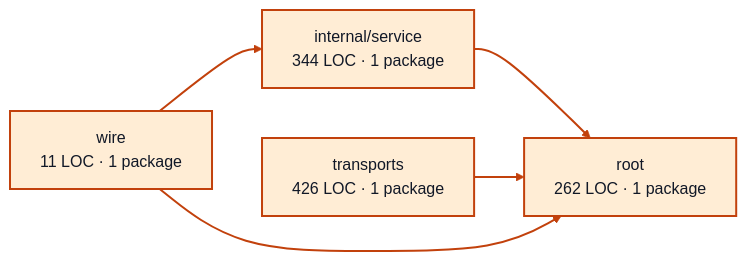
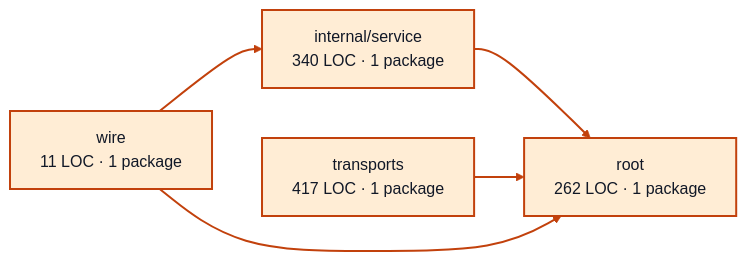
Before and after one commit to portpowered/you-agent-factory: the diagram in docs/architecture/visualizations/services/provider_sessions.md, drawn with Mermaid (neutral theme). The commit also changed other lines of this file and 20 other files, not shown here.

Commit message:
docs: refresh backend architecture visualizations

````diff
--- a/docs/architecture/visualizations/services/provider_sessions.md
+++ b/docs/architecture/visualizations/services/provider_sessions.md
@@ -11,16 +11,16 @@
 ```mermaid
 flowchart LR
-  p0["internal/service<br/>344 LOC · 1 package"]
+  p0["internal/service<br/>340 LOC · 1 package"]
   p1["root<br/>262 LOC · 1 package"]
-  p2["transports<br/>426 LOC · 1 package"]
+  p2["transports<br/>417 LOC · 1 package"]
   p3["wire<br/>11 LOC · 1 package"]
   p0 --> p1
   p2 --> p1
   p3 --> p0
   p3 --> p1
   style p0 fill:#ffedd5,stroke:#c2410c,stroke-width:2px,color:#111827
   style p1 fill:#ffedd5,stroke:#c2410c,stroke-width:2px,color:#111827
   style p2 fill:#ffedd5,stroke:#c2410c,stroke-width:2px,color:#111827
   style p3 fill:#ffedd5,stroke:#c2410c,stroke-width:2px,color:#111827
   linkStyle default stroke:#c2410c,stroke-width:2px
 ```
````
